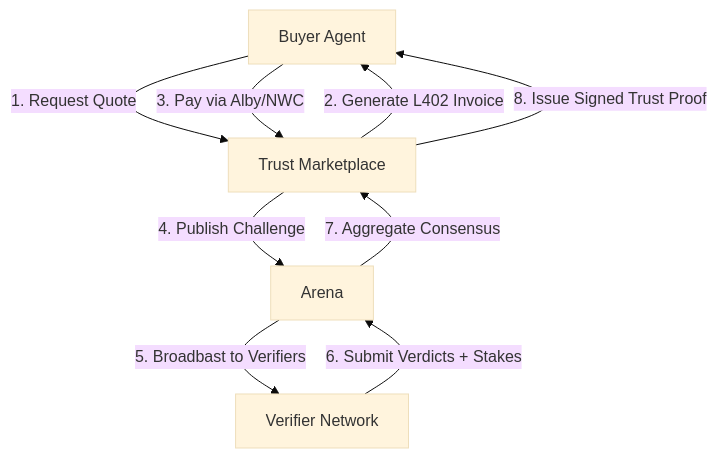
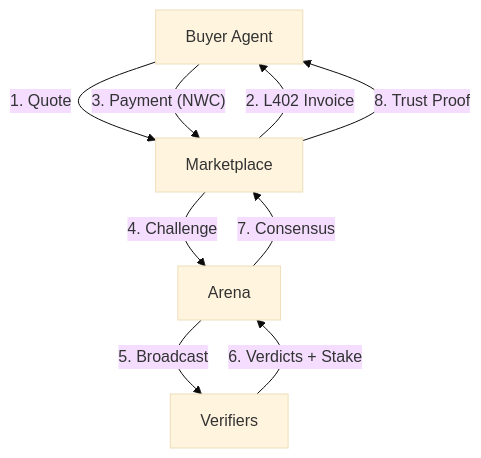
Before and after one commit to giursan/trust402: the first of 3 diagrams in ARCHITECTURE.md, drawn with Mermaid (base theme). The commit also changed other lines of this file, not shown here.

Commit message:
fix diagrams

````diff
--- a/ARCHITECTURE.md
+++ b/ARCHITECTURE.md
@@ -14,11 +14,11 @@
 ```mermaid
 graph TD
-    A[Buyer Agent] -- 1. Request Quote --> B[Trust Marketplace]
-    B -- 2. Generate L402 Invoice --> A
-    A -- 3. Pay via Alby/NWC --> B
-    B -- 4. Publish Challenge --> C[Arena]
-    C -- 5. Broadbast to Verifiers --> D[Verifier Network]
-    D -- 6. Submit Verdicts + Stakes --> C
-    C -- 7. Aggregate Consensus --> B
-    B -- 8. Issue Signed Trust Proof --> A
+    A[Buyer Agent] -- 1. Quote --> B[Marketplace]
+    B -- 2. L402 Invoice --> A
+    A -- 3. Payment (NWC) --> B
+    B -- 4. Challenge --> C[Arena]
+    C -- 5. Broadcast --> D[Verifiers]
+    D -- 6. Verdicts + Stake --> C
+    C -- 7. Consensus --> B
+    B -- 8. Trust Proof --> A
 ```
````
